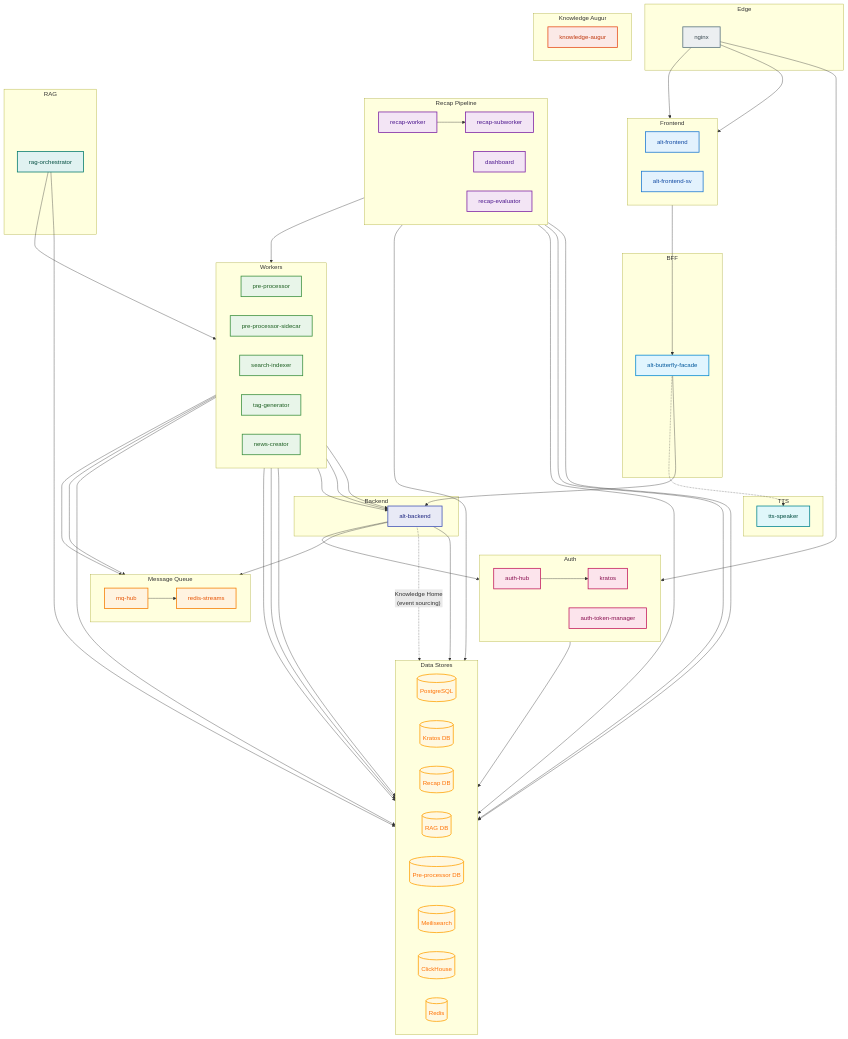
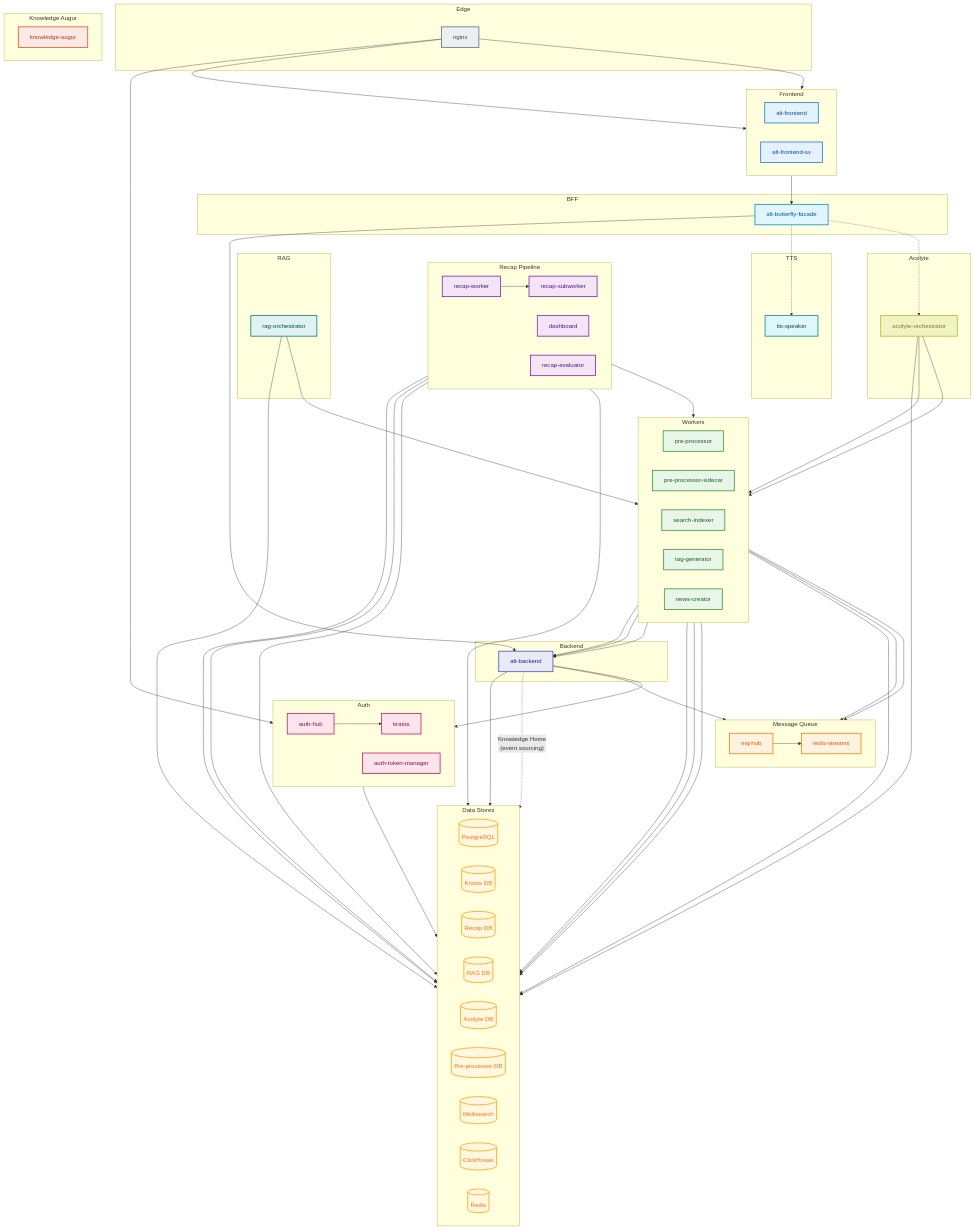
One commit to Kaikei-e/Alt changed the diagram in docs/services/MICROSERVICES.md. Above: the diagram before and after it, drawn with Mermaid. The commit also changed other lines of this file and 2 other files, not shown here.

First line of the commit message:
docs(services): add acolyte-orchestrator and acolyte-db documentation

```diff
--- a/docs/services/MICROSERVICES.md
+++ b/docs/services/MICROSERVICES.md
@@ -157,6 +164,10 @@
         rag-orchestrator
     end
 
+    subgraph Acolyte["Acolyte"]
+        acolyte-orchestrator
+    end
+
     subgraph TTS["TTS"]
         tts-speaker
     end
@@ -171,6 +182,7 @@
         kratos-db[(Kratos DB)]
         recap-db[(Recap DB)]
         rag-db[(RAG DB)]
+        acolyte-db[(Acolyte DB)]
         pre-processor-db[(Pre-processor DB)]
         meilisearch[(Meilisearch)]
         clickhouse[(ClickHouse)]
@@ -201,6 +213,10 @@
     recap-worker --> recap-db & recap-subworker & news-creator
     recap-subworker & dashboard & recap-evaluator --> recap-db
     rag-orchestrator --> rag-db & search-indexer
+
+    %% Acolyte connections
+    alt-butterfly-facade -.-> acolyte-orchestrator
+    acolyte-orchestrator --> acolyte-db & search-indexer & news-creator
 
     %% Styling - Edge (gray)
     style nginx fill:#eceff1,stroke:#546e7a,color:#37474f,stroke-width:2px
@@ -240,6 +256,9 @@
     %% Styling - RAG (teal)
     style rag-orchestrator fill:#e0f2f1,stroke:#00796b,color:#004d40,stroke-width:2px
 
+    %% Styling - Acolyte (lime)
+    style acolyte-orchestrator fill:#f0f4c3,stroke:#afb42b,color:#827717,stroke-width:2px
+
     %% Styling - TTS (cyan)
     style tts-speaker fill:#e0f7fa,stroke:#00838f,color:#004d40,stroke-width:2px
 
@@ -251,6 +270,7 @@
     style kratos-db fill:#fff8e1,stroke:#ffa000,color:#ff6f00,stroke-width:2px
     style recap-db fill:#fff8e1,stroke:#ffa000,color:#ff6f00,stroke-width:2px
     style rag-db fill:#fff8e1,stroke:#ffa000,color:#ff6f00,stroke-width:2px
+    style acolyte-db fill:#fff8e1,stroke:#ffa000,color:#ff6f00,stroke-width:2px
     style pre-processor-db fill:#fff8e1,stroke:#ffa000,color:#ff6f00,stroke-width:2px
     style meilisearch fill:#fff8e1,stroke:#ffa000,color:#ff6f00,stroke-width:2px
     style clickhouse fill:#fff8e1,stroke:#ffa000,color:#ff6f00,stroke-width:2px
```
